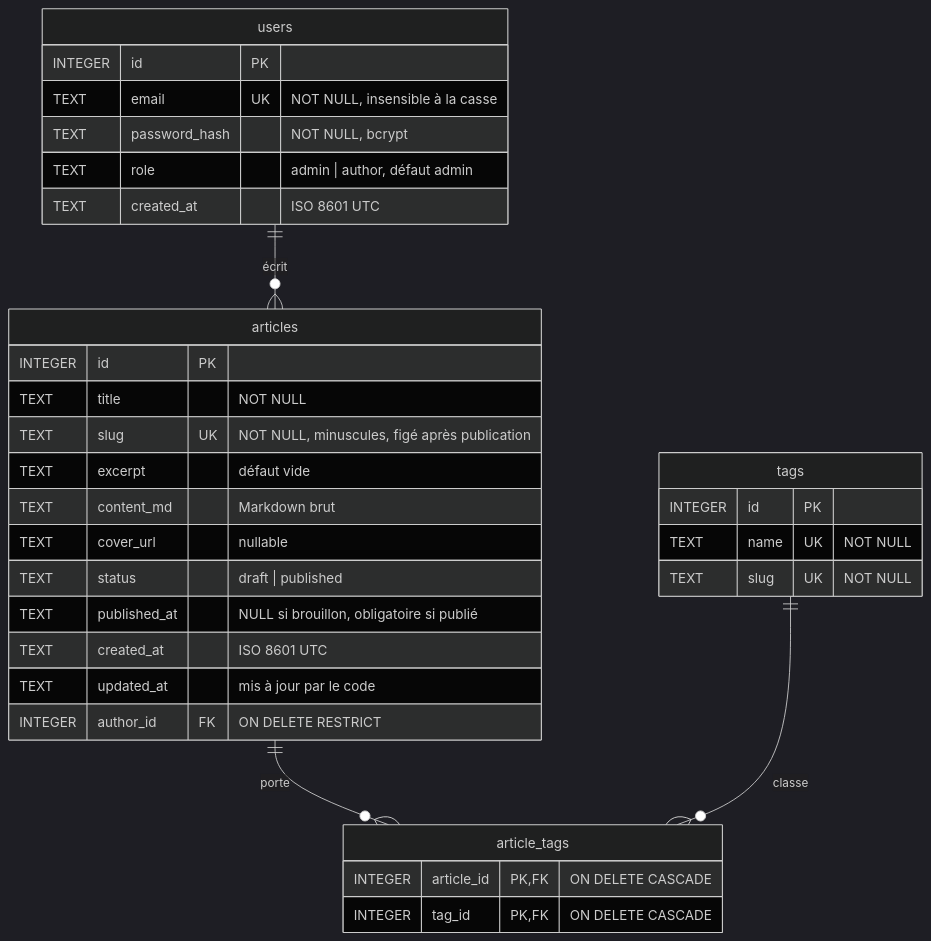
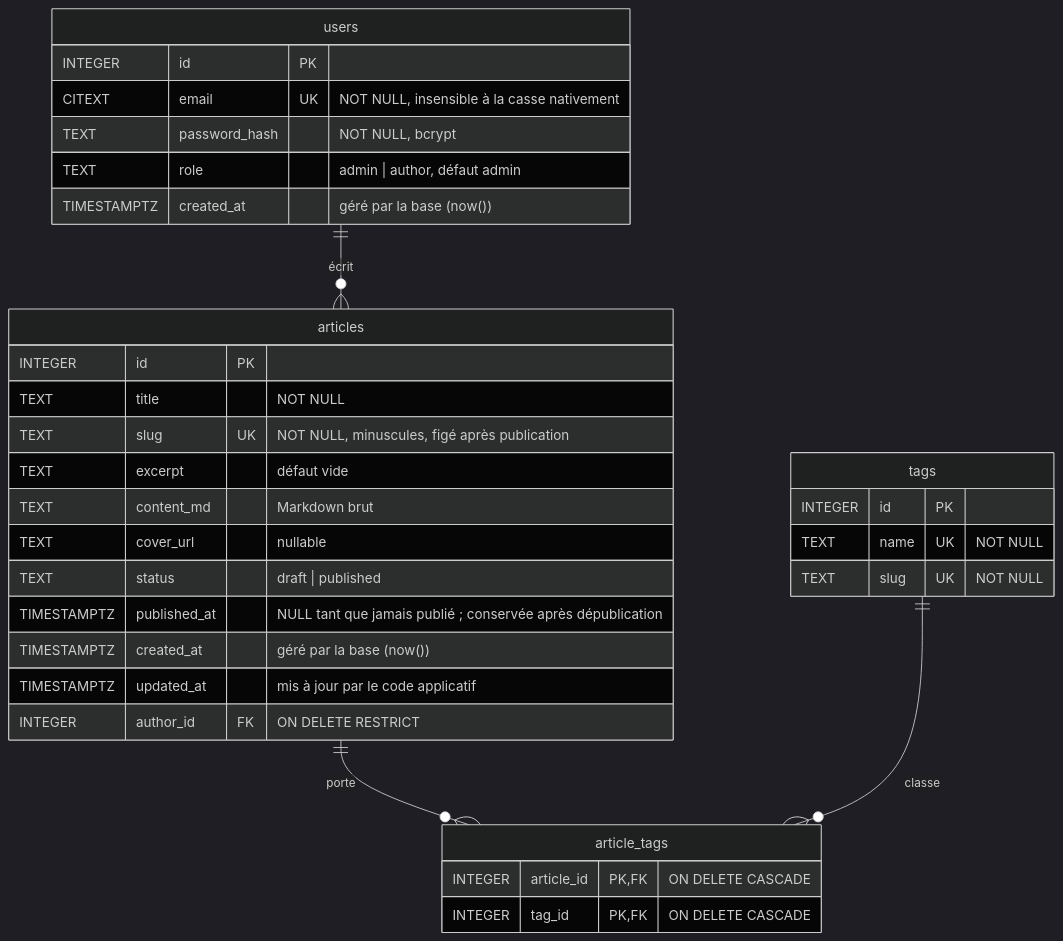
The diagram in docs/database.md (jean-eudes0/blog), drawn with Mermaid (dark theme) before and after one commit. The commit also changed other lines of this file and 5 other files, not shown here.

````diff
--- a/docs/database.md
+++ b/docs/database.md
@@ -7,39 +7,39 @@
 ```mermaid
 erDiagram
     users ||--o{ articles : "écrit"
     articles ||--o{ article_tags : "porte"
     tags ||--o{ article_tags : "classe"
 
     users {
         INTEGER id PK
-        TEXT email UK "NOT NULL, insensible à la casse"
+        CITEXT email UK "NOT NULL, insensible à la casse nativement"
         TEXT password_hash "NOT NULL, bcrypt"
         TEXT role "admin | author, défaut admin"
-        TEXT created_at "ISO 8601 UTC"
+        TIMESTAMPTZ created_at "géré par la base (now())"
     }
 
     articles {
         INTEGER id PK
         TEXT title "NOT NULL"
         TEXT slug UK "NOT NULL, minuscules, figé après publication"
         TEXT excerpt "défaut vide"
         TEXT content_md "Markdown brut"
         TEXT cover_url "nullable"
         TEXT status "draft | published"
-        TEXT published_at "NULL si brouillon, obligatoire si publié"
-        TEXT created_at "ISO 8601 UTC"
-        TEXT updated_at "mis à jour par le code"
+        TIMESTAMPTZ published_at "NULL tant que jamais publié ; conservée après dépublication"
+        TIMESTAMPTZ created_at "géré par la base (now())"
+        TIMESTAMPTZ updated_at "mis à jour par le code applicatif"
         INTEGER author_id FK "ON DELETE RESTRICT"
     }
 
     tags {
         INTEGER id PK
         TEXT name UK "NOT NULL"
         TEXT slug UK "NOT NULL"
     }
 
     article_tags {
         INTEGER article_id PK, FK "ON DELETE CASCADE"
         INTEGER tag_id PK, FK "ON DELETE CASCADE"
     }
 ```
````
